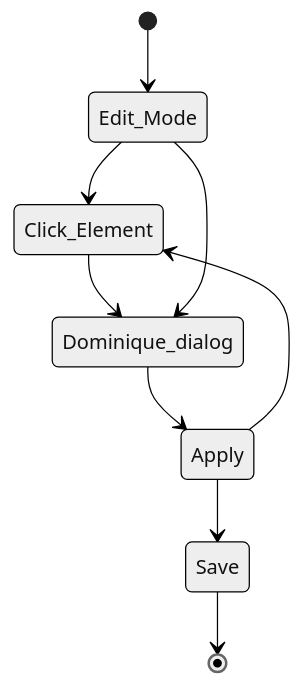
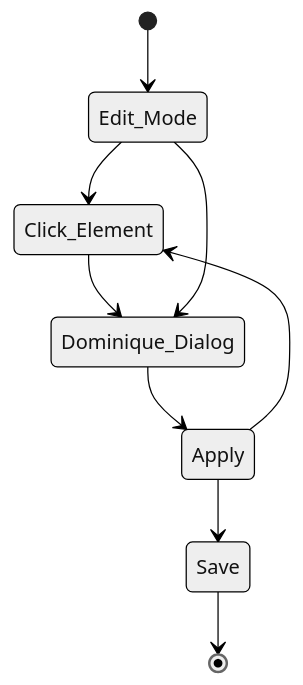
The diagram in docs/projects/dominique.md (rebeling/agent-rebel), drawn with Mermaid (neutral theme) before and after one commit. The commit also changed other lines of this file and 3 other files, not shown here.

````diff
--- a/docs/projects/dominique.md
+++ b/docs/projects/dominique.md
@@ -48,11 +49,11 @@
 ```mermaid
 stateDiagram-v2
     [*] --> Edit_Mode
     Edit_Mode --> Click_Element
-    Click_Element --> Dominique_dialog
-    Edit_Mode --> Dominique_dialog
-    Dominique_dialog --> Apply
+    Click_Element --> Dominique_Dialog
+    Edit_Mode --> Dominique_Dialog
+    Dominique_Dialog --> Apply
     Apply --> Click_Element
     Apply --> Save
     Save --> [*]
 ```
````
